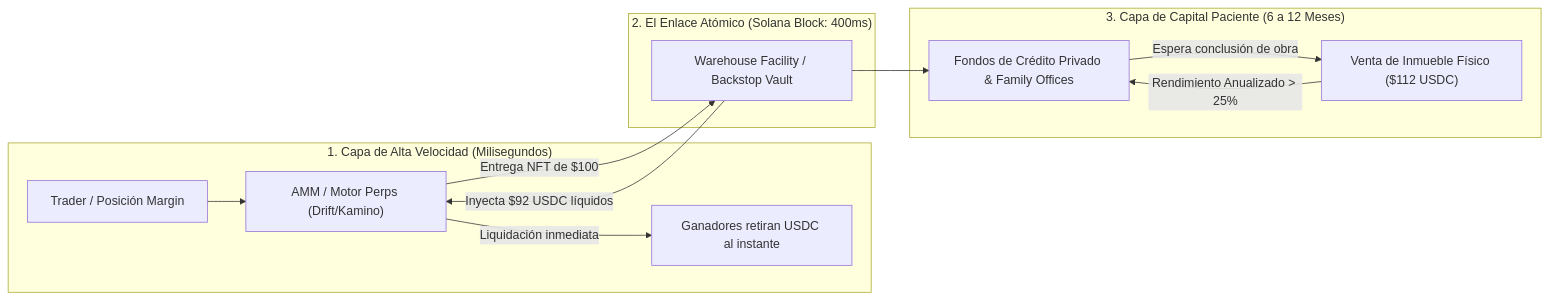
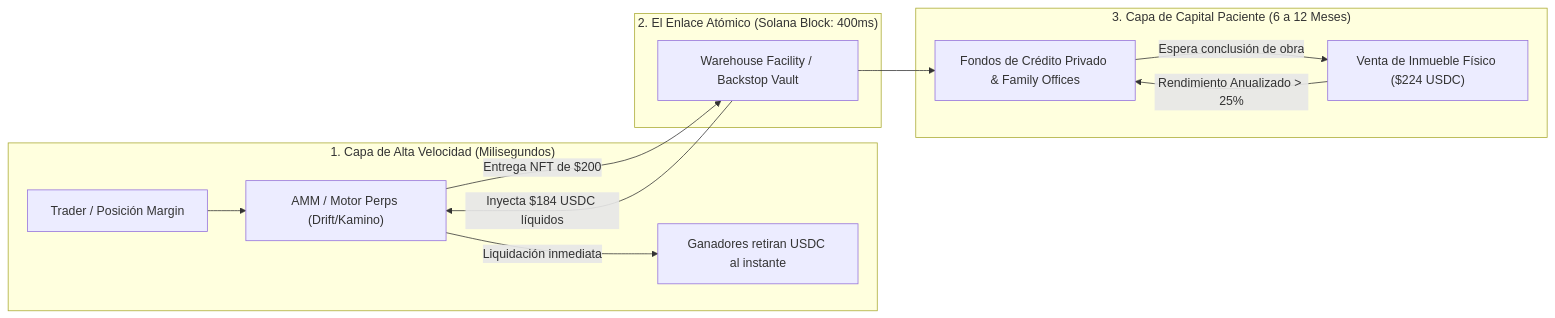
The third of 3 diagrams in BRIDS-Brain/01 Negocio/02 Producto & Ingenieria/rfcs-tecnicos/epic-015-rwa-yield-bearing-margin-collateral.md (jeisonsosablockdev/BRIDS-KNOWLEDGE-FORT), drawn with Mermaid before and after one commit. The commit also changed other lines of this file and 16 other files, not shown here.

First line of the commit message:
feat(vault): update NFT fraction price to $200 USD and transaction fee to $4 USD

````diff
--- a/BRIDS-Brain/01 Negocio/02 Producto & Ingenieria/rfcs-tecnicos/epic-015-rwa-yield-bearing-margin-collateral.md
+++ b/BRIDS-Brain/01 Negocio/02 Producto & Ingenieria/rfcs-tecnicos/epic-015-rwa-yield-bearing-margin-collateral.md
@@ -161,18 +162,18 @@
 ```mermaid
 flowchart LR
     subgraph Capa_Velocidad["1. Capa de Alta Velocidad (Milisegundos)"]
         Trader["Trader / Posición Margin"] --> AMM_Engine["AMM / Motor Perps (Drift/Kamino)"]
         AMM_Engine -->|Liquidación inmediata| CashOut["Ganadores retiran USDC al instante"]
     end
 
     subgraph Capa_Enlace["2. El Enlace Atómico (Solana Block: 400ms)"]
-        AMM_Engine -->|Entrega NFT de $100| Warehouse["Warehouse Facility / Backstop Vault"]
-        Warehouse -->|Inyecta $92 USDC líquidos| AMM_Engine
+        AMM_Engine -->|Entrega NFT de $200| Warehouse["Warehouse Facility / Backstop Vault"]
+        Warehouse -->|Inyecta $184 USDC líquidos| AMM_Engine
     end
 
     subgraph Capa_Capital_Paciente["3. Capa de Capital Paciente (6 a 12 Meses)"]
         Warehouse --> CreditFunds["Fondos de Crédito Privado & Family Offices"]
-        CreditFunds -->|Espera conclusión de obra| SaleEvent["Venta de Inmueble Físico ($112 USDC)"]
+        CreditFunds -->|Espera conclusión de obra| SaleEvent["Venta de Inmueble Físico ($224 USDC)"]
         SaleEvent -->|Rendimiento Anualizado > 25%| CreditFunds
     end
 ```
````
